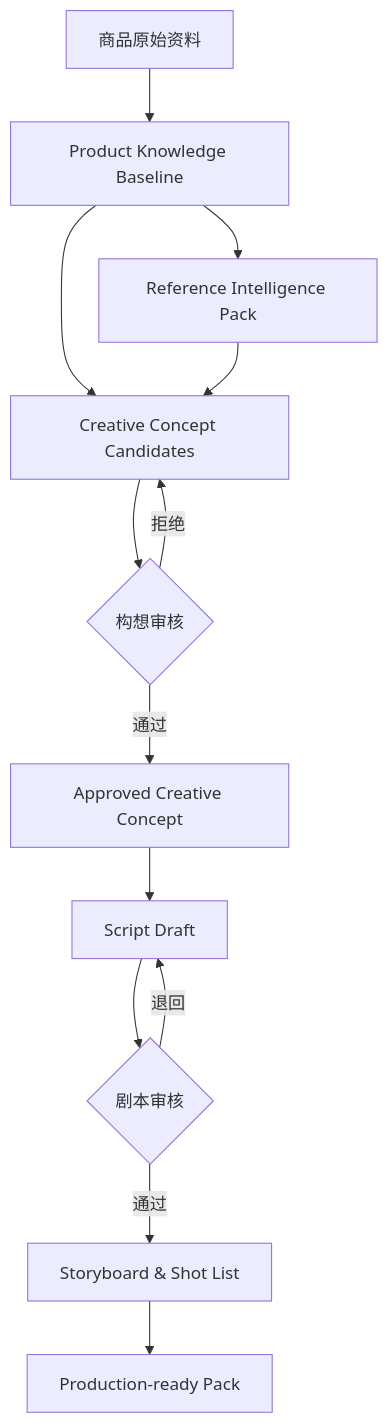
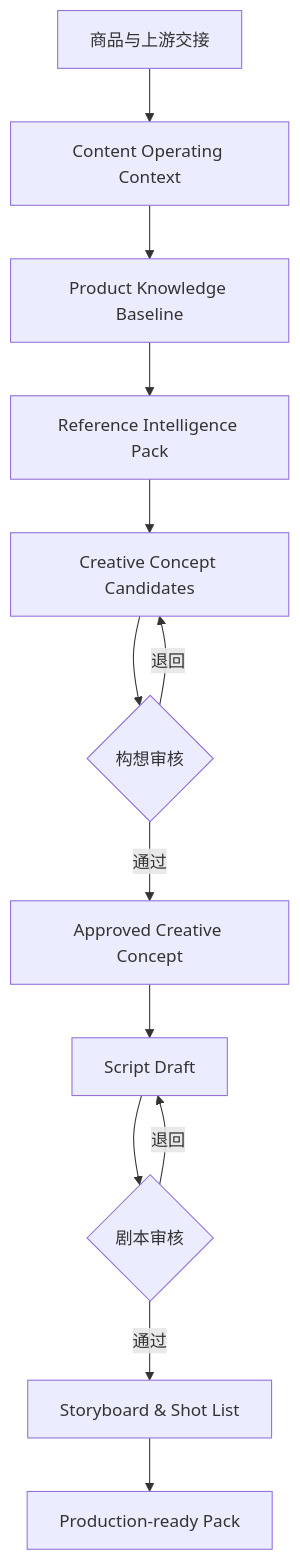
Before and after one commit to SONG-36/TK_Video_Intelligence_Workbench: the second of 2 diagrams in 03_RELEASE_1_SCOPE_AND_BOUNDARIES.md, drawn with Mermaid. The commit also changed other lines of this file and 9 other files, not shown here.

````diff
--- a/03_RELEASE_1_SCOPE_AND_BOUNDARIES.md
+++ b/03_RELEASE_1_SCOPE_AND_BOUNDARIES.md
@@ -98,26 +150,20 @@
 ```mermaid
 flowchart TB
-    A[商品原始资料]
-    B[Product Knowledge Baseline]
-    C[Reference Intelligence Pack]
-    D[Creative Concept Candidates]
-    E{构想审核}
-    F[Approved Creative Concept]
-    G[Script Draft]
-    H{剧本审核}
-    I[Storyboard & Shot List]
-    J[Production-ready Pack]
+    A[商品与上游交接]
+    B[Content Operating Context]
+    C[Product Knowledge Baseline]
+    D[Reference Intelligence Pack]
+    E[Creative Concept Candidates]
+    F{构想审核}
+    G[Approved Creative Concept]
+    H[Script Draft]
+    I{剧本审核}
+    J[Storyboard & Shot List]
+    K[Production-ready Pack]
 
-    A --> B
-    B --> C
-    B --> D
-    C --> D
-    D --> E
-    E -- 拒绝 --> D
-    E -- 通过 --> F
-    F --> G
-    G --> H
-    H -- 退回 --> G
-    H -- 通过 --> I
-    I --> J
+    A --> B --> C --> D --> E --> F
+    F -- 退回 --> E
+    F -- 通过 --> G --> H --> I
+    I -- 退回 --> H
+    I -- 通过 --> J --> K
 ```
````
